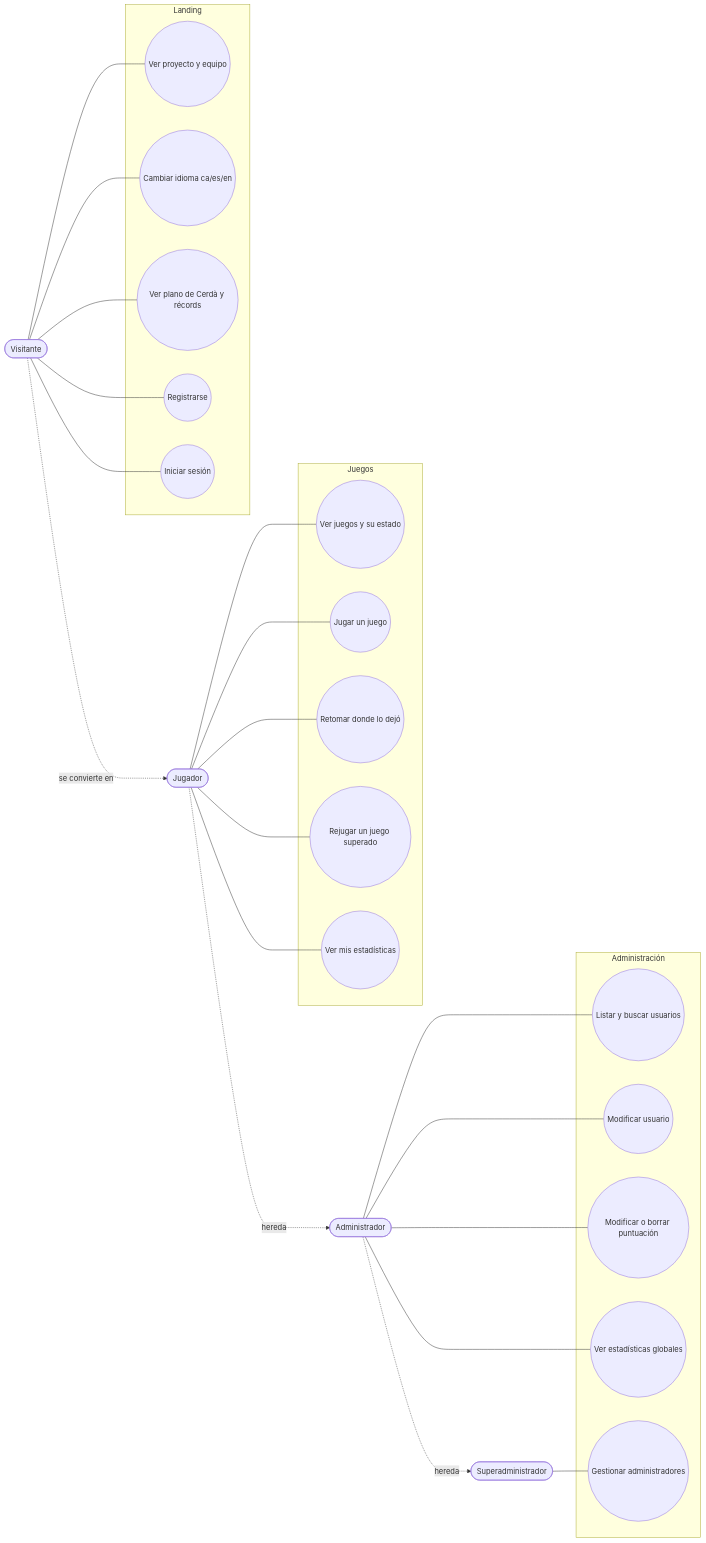
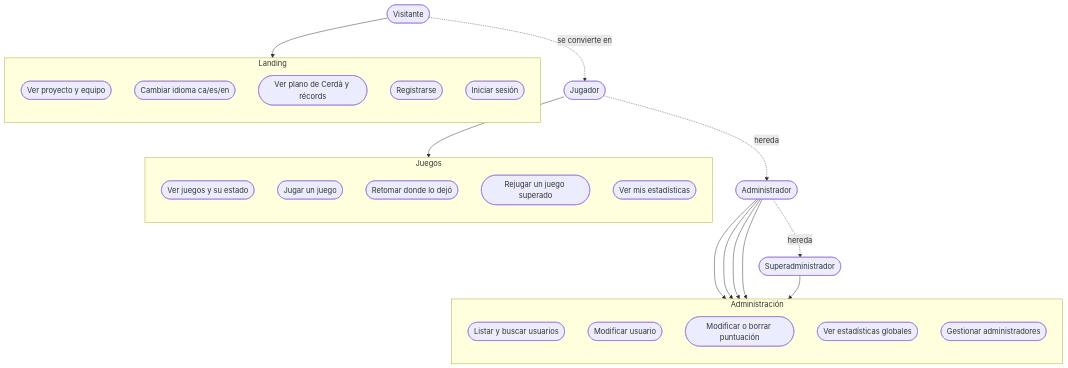
One commit to oojuelg2526-cmyk/jocs-educatius changed the first of 2 diagrams in docs/casos-de-uso.md. Above: the diagram before and after it, drawn with Mermaid. The commit also changed other lines of this file and 4 other files, not shown here.

Commit message:
Diagramas del modelo de BD y casos de uso en imagen

````diff
--- a/docs/casos-de-uso.md
+++ b/docs/casos-de-uso.md
@@ -6,48 +9,40 @@
 ```mermaid
-flowchart LR
+flowchart TB
     V([Visitante])
     J([Jugador])
     A([Administrador])
     S([Superadministrador])
+    V -. "se convierte en" .-> J
+    J -. "hereda" .-> A
+    A -. "hereda" .-> S
 
     subgraph Landing
-        U1((Ver proyecto y equipo))
-        U2((Cambiar idioma ca/es/en))
-        U3((Ver plano de Cerdà y récords))
-        U4((Registrarse))
-        U5((Iniciar sesión))
+        direction TB
+        U1([Ver proyecto y equipo])
+        U2([Cambiar idioma ca/es/en])
+        U3([Ver plano de Cerdà y récords])
+        U4([Registrarse])
+        U5([Iniciar sesión])
     end
     subgraph Juegos
-        U6((Ver juegos y su estado))
-        U7((Jugar un juego))
-        U8((Retomar donde lo dejó))
-        U9((Rejugar un juego superado))
-        U10((Ver mis estadísticas))
+        direction TB
+        U6([Ver juegos y su estado])
+        U7([Jugar un juego])
+        U8([Retomar donde lo dejó])
+        U9([Rejugar un juego superado])
+        U10([Ver mis estadísticas])
     end
     subgraph Administración
-        U11((Listar y buscar usuarios))
-        U12((Modificar usuario))
-        U13((Modificar o borrar puntuación))
-        U14((Ver estadísticas globales))
-        U15((Gestionar administradores))
+        direction TB
+        U11([Listar y buscar usuarios])
+        U12([Modificar usuario])
+        U13([Modificar o borrar puntuación])
+        U14([Ver estadísticas globales])
+        U15([Gestionar administradores])
     end
 
-    V --- U1
-    V --- U2
-    V --- U3
-    V --- U4
-    V --- U5
-    J --- U6
-    J --- U7
-    J --- U8
-    J --- U9
-    J --- U10
-    A --- U11
-    A --- U12
-    A --- U13
-    A --- U14
-    S --- U15
-    V -. se convierte en .-> J
-    J -. "hereda" .-> A
-    A -. "hereda" .-> S
+    V --> Landing
+    J --> Juegos
+    A --> U11 & U12 & U13 & U14
+    S --> U15
 ```
````
